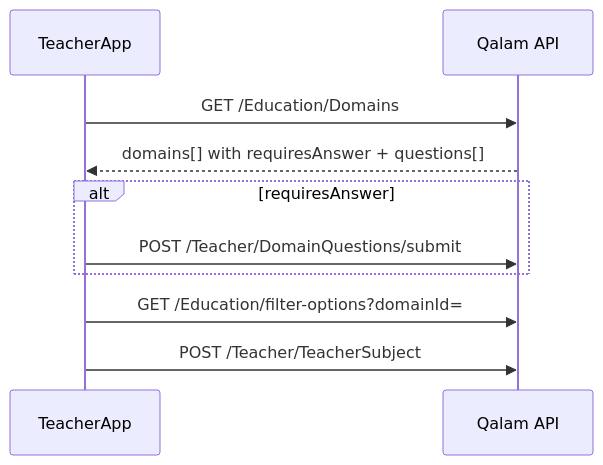
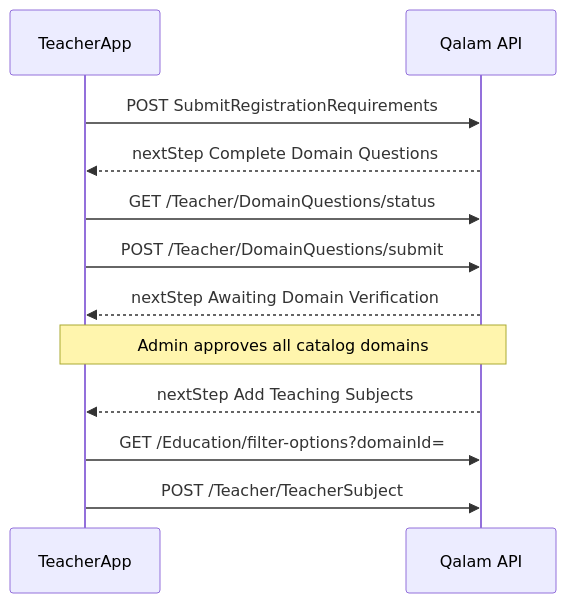
Before and after one commit to Mozaffer249/Qalam: the diagram in docs/Teacher-Domain-Questions.md, drawn with Mermaid. The commit also changed other lines of this file and 49 other files, not shown here.

First line of the commit message:
refactor(teacher-management): remove approval and rejection endpoints for teacher subjects

````diff
--- a/docs/Teacher-Domain-Questions.md
+++ b/docs/Teacher-Domain-Questions.md
@@ -16,13 +18,15 @@
 ```mermaid
 sequenceDiagram
     participant App as TeacherApp
     participant API as Qalam API
 
-    App->>API: GET /Education/Domains
-    API-->>App: domains[] with requiresAnswer + questions[]
-    alt requiresAnswer
-        App->>API: POST /Teacher/DomainQuestions/submit
-    end
+    App->>API: POST SubmitRegistrationRequirements
+    API-->>App: nextStep Complete Domain Questions
+    App->>API: GET /Teacher/DomainQuestions/status
+    App->>API: POST /Teacher/DomainQuestions/submit
+    API-->>App: nextStep Awaiting Domain Verification
+    Note over App,API: Admin approves all catalog domains
+    API-->>App: nextStep Add Teaching Subjects
     App->>API: GET /Education/filter-options?domainId=
     App->>API: POST /Teacher/TeacherSubject
 ```
````
